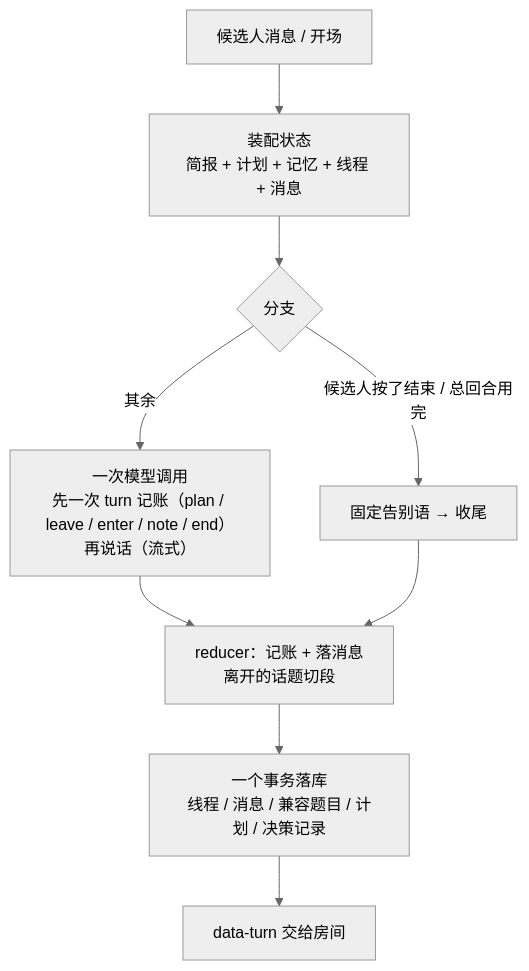
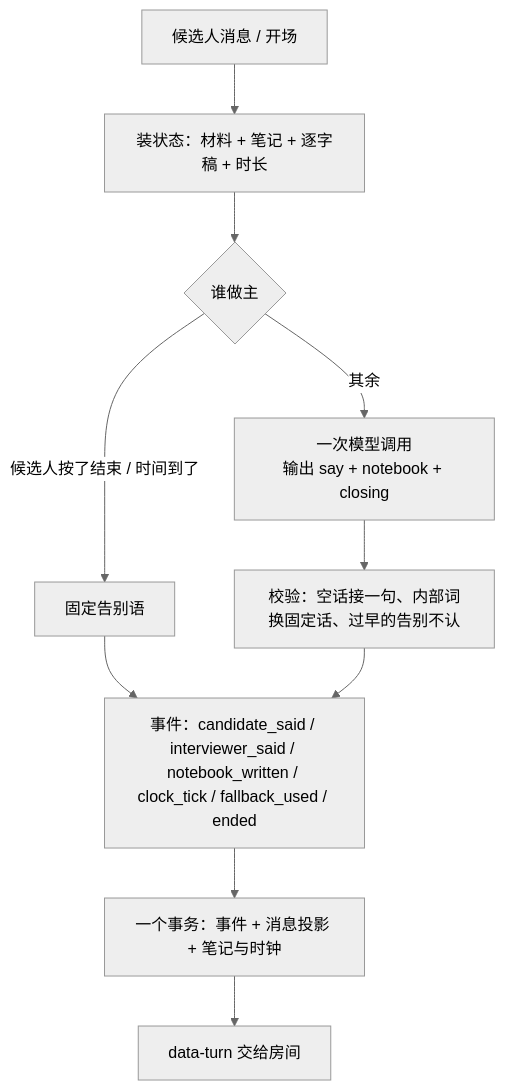
The diagram in docs/interview-flow-during.md (yuecao365/OfferCome), drawn with Mermaid (neutral theme) before and after one commit. The commit also changed other lines of this file and 72 other files, not shown here.

First line of the commit message:
重构阶段 B：面试官重建（policy-v1）——一次调用输出 say / notebook / closing，时间盒替代回合，编排器只守底线；删旧 interviewer 目录与记账表

````diff
--- a/docs/interview-flow-during.md
+++ b/docs/interview-flow-during.md
@@ -9,11 +9,12 @@
 ```mermaid
 flowchart TD
-  M[候选人消息 / 开场] --> L[装配状态<br/>简报 + 计划 + 记忆 + 线程 + 消息]
-  L --> P{分支}
-  P -- 候选人按了结束 / 总回合用完 --> F[固定告别语 → 收尾]
-  P -- 其余 --> A[一次模型调用<br/>先一次 turn 记账（plan / leave / enter / note / end）<br/>再说话（流式）]
-  A --> R[reducer：记账 + 落消息<br/>离开的话题切段]
-  F --> R
-  R --> S[一个事务落库<br/>线程 / 消息 / 兼容题目 / 计划 / 决策记录]
+  M[候选人消息 / 开场] --> L[装状态：材料 + 笔记 + 逐字稿 + 时长]
+  L --> P{谁做主}
+  P -- 候选人按了结束 / 时间到了 --> F[固定告别语]
+  P -- 其余 --> A[一次模型调用<br/>输出 say + notebook + closing]
+  A --> V[校验：空话接一句、内部词换固定话、过早的告别不认]
+  F --> E
+  V --> E[事件：candidate_said / interviewer_said / notebook_written / clock_tick / fallback_used / ended]
+  E --> S[一个事务：事件 + 消息投影 + 笔记与时钟]
   S --> UI[data-turn 交给房间]
 ```
````
